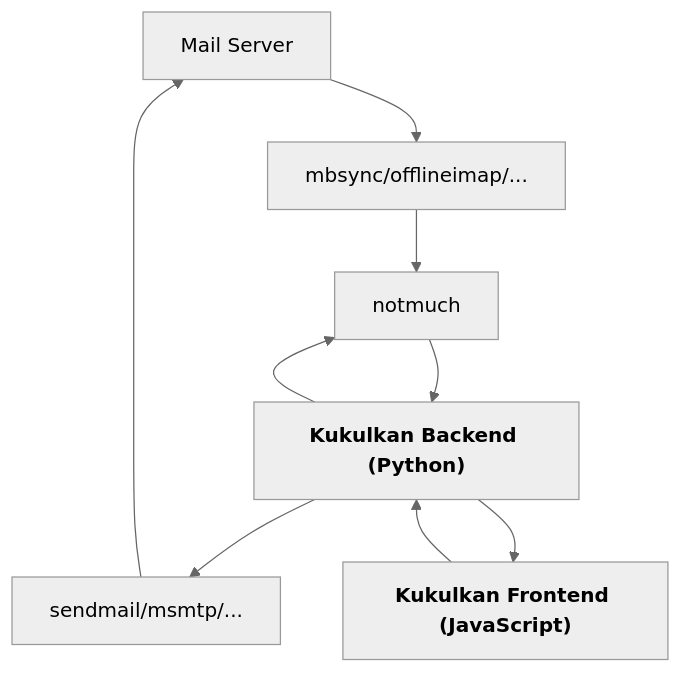
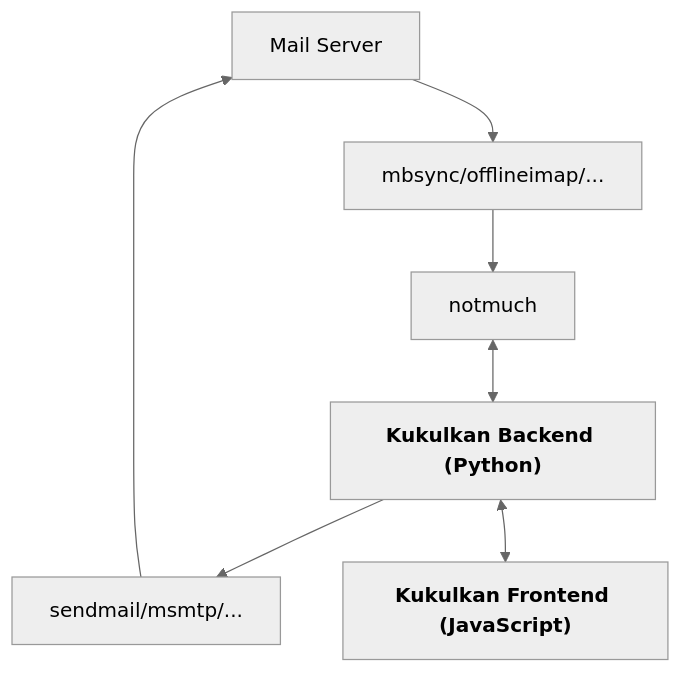
Before and after one commit to larskotthoff/kukulkan: the diagram in README.md, drawn with Mermaid (neutral theme).

Commit message:
better arrows

````diff
--- a/README.md
+++ b/README.md
@@ -161,20 +161,18 @@
 ```mermaid
 graph TD;
     ms[Mail Server];
     mbsync[mbsync/offlineimap/...];
     notmuch[notmuch];
     msmtp[sendmail/msmtp/...];
 
     kukulkanback["<strong>Kukulkan Backend (Python)</strong>"];
     kukulkanfront["<strong>Kukulkan Frontend (JavaScript)</strong>"];
 
     ms --> mbsync;
     mbsync --> notmuch;
-    notmuch --> kukulkanback;
-    kukulkanback --> notmuch;
+    notmuch <--> kukulkanback;
     kukulkanback --> msmtp;
     msmtp --> ms;
 
-    kukulkanback --> kukulkanfront;
-    kukulkanfront --> kukulkanback;
+    kukulkanback <--> kukulkanfront;
 ```
````
